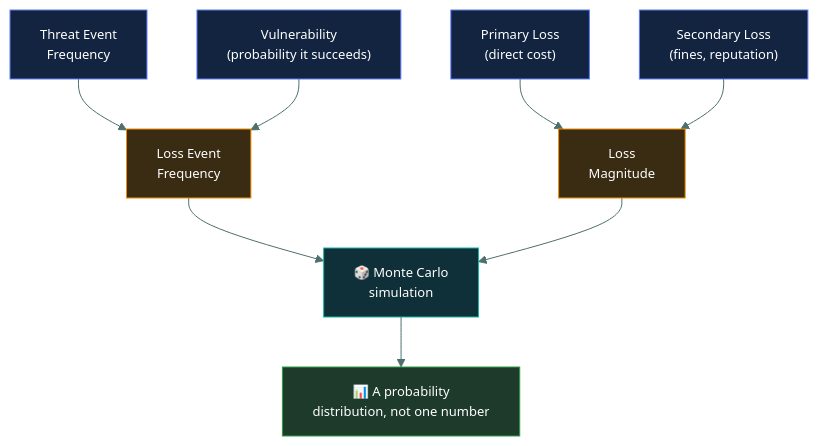
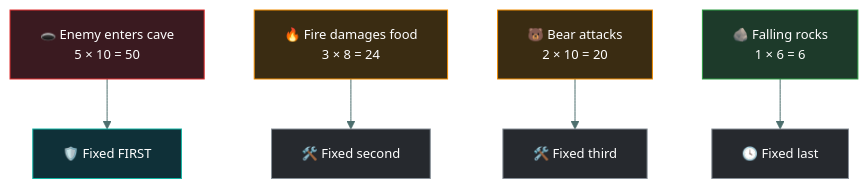
The second of 5 diagrams in 01-security-principles/risk-assessment/README.md (tarunTejaDesireddy/cc-exam-prep), drawn with Mermaid before and after one commit. The commit also changed other lines of this file and 1 other file, not shown here.

First line of the commit message:
Rewrite risk-assessment with the Grog's-cave FIND/ANALYZE/RANK/DECIDE walkthrough

````diff
--- a/01-security-principles/risk-assessment/README.md
+++ b/01-security-principles/risk-assessment/README.md
@@ -173,20 +232,17 @@
 ```mermaid
-%%{init: {'theme':'base','themeVariables':{'fontSize':'13px','lineColor':'#4d6f6e','textColor':'#dbe7e6'}}}%%
+%%{init: {'theme':'base','themeVariables':{'fontFamily':'Segoe UI, Helvetica Neue, Arial, sans-serif','fontSize':'13px','lineColor':'#4d6f6e','textColor':'#dbe7e6'}}}%%
 flowchart TD
-    TEF["Threat Event<br/>Frequency"] --> LEF["Loss Event<br/>Frequency"]
-    VUL["Vulnerability<br/>(probability it succeeds)"] --> LEF
-    PL["Primary Loss<br/>(direct cost)"] --> LM["Loss<br/>Magnitude"]
-    SL["Secondary Loss<br/>(fines, reputation)"] --> LM
-    LEF --> MC["🎲 Monte Carlo<br/>simulation"]
-    LM --> MC
-    MC --> DIST["📊 A probability<br/>distribution, not one number"]
+    R1["🕳️ Enemy enters cave<br/>5 × 10 = 50"] --> FIX1["🛡️ Fixed FIRST"]
+    R2["🔥 Fire damages food<br/>3 × 8 = 24"] --> FIX2["🛠️ Fixed second"]
+    R3["🐻 Bear attacks<br/>2 × 10 = 20"] --> FIX3["🛠️ Fixed third"]
+    R4["🪨 Falling rocks<br/>1 × 6 = 6"] --> FIX4["🕓 Fixed last"]
 
-    style TEF fill:#12243f,stroke:#5C7CFA,color:#fff
-    style VUL fill:#12243f,stroke:#5C7CFA,color:#fff
-    style PL fill:#12243f,stroke:#5C7CFA,color:#fff
-    style SL fill:#12243f,stroke:#5C7CFA,color:#fff
-    style LEF fill:#3a2c12,stroke:#F08C00,color:#fff
-    style LM fill:#3a2c12,stroke:#F08C00,color:#fff
-    style MC fill:#0f3038,stroke:#12B5A5,color:#fff
-    style DIST fill:#1d3a2a,stroke:#2F9E44,color:#fff
+    style R1 fill:#3a1a20,stroke:#E03131,color:#fff
+    style R2 fill:#3a2c12,stroke:#F08C00,color:#fff
+    style R3 fill:#3a2c12,stroke:#F08C00,color:#fff
+    style R4 fill:#1d3a2a,stroke:#2F9E44,color:#fff
+    style FIX1 fill:#0f3038,stroke:#12B5A5,color:#fff
+    style FIX2 fill:#26292e,stroke:#868E96,color:#fff
+    style FIX3 fill:#26292e,stroke:#868E96,color:#fff
+    style FIX4 fill:#26292e,stroke:#868E96,color:#fff
 ```
````
